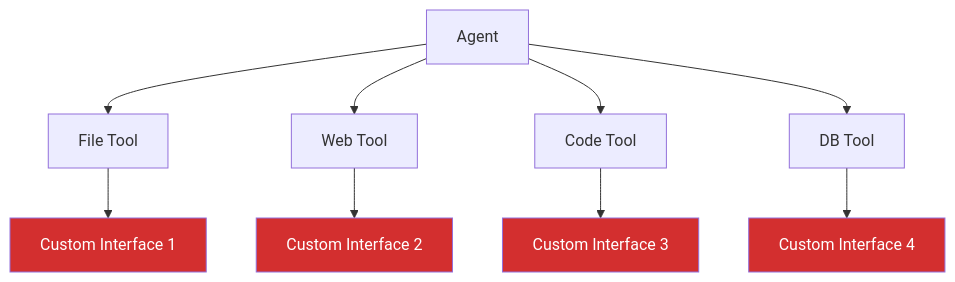
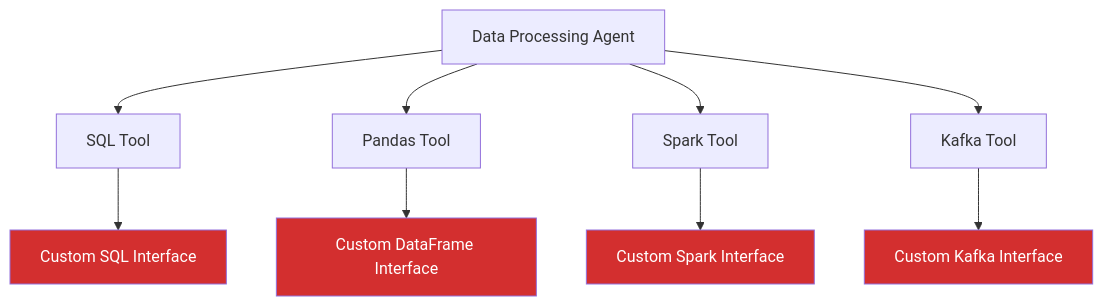
Before and after one commit to fwornle/agentic-ai-nano: the fifth of 15 diagrams in docs-content/01_frameworks/Session1_ModuleD_Coding_Assistant_Case_Study.md, drawn with Mermaid. The commit also changed other lines of this file and 18 other files, not shown here.

````diff
--- a/docs-content/01_frameworks/Session1_ModuleD_Coding_Assistant_Case_Study.md
+++ b/docs-content/01_frameworks/Session1_ModuleD_Coding_Assistant_Case_Study.md
@@ -344,17 +352,17 @@
 ```mermaid
 graph TD
-    A[Agent] --> T1[File Tool]
-    A --> T2[Web Tool] 
-    A --> T3[Code Tool]
-    A --> T4[DB Tool]
+    A[Data Processing Agent] --> T1[SQL Tool]
+    A --> T2[Pandas Tool] 
+    A --> T3[Spark Tool]
+    A --> T4[Kafka Tool]
     
-    T1 --> F1[Custom Interface 1]
-    T2 --> F2[Custom Interface 2] 
-    T3 --> F3[Custom Interface 3]
-    T4 --> F4[Custom Interface 4]
+    T1 --> F1[Custom SQL Interface]
+    T2 --> F2[Custom DataFrame Interface] 
+    T3 --> F3[Custom Spark Interface]
+    T4 --> F4[Custom Kafka Interface]
     
     style F1 fill:#D32F2F,color:#ffffff
     style F2 fill:#D32F2F,color:#ffffff
     style F3 fill:#D32F2F,color:#ffffff
     style F4 fill:#D32F2F,color:#ffffff
 ```
````
